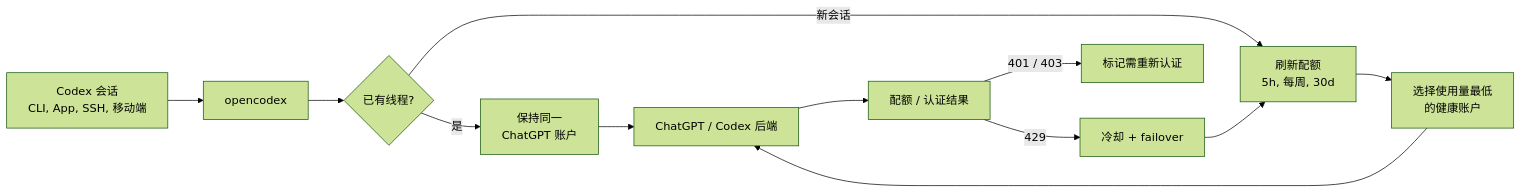
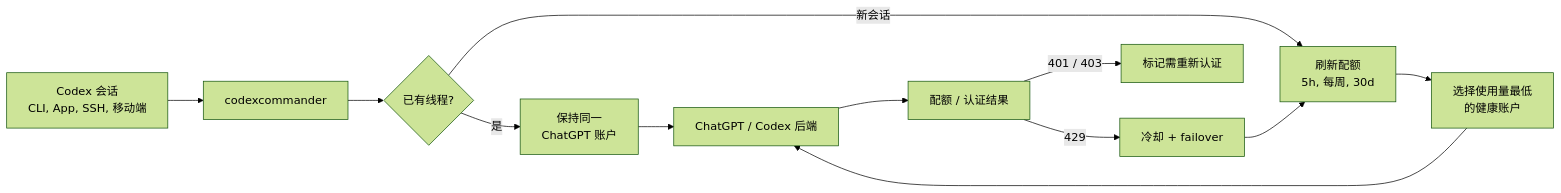
The diagram in readme/README.zh-CN.md (pavelhov/CodexCommander), drawn with Mermaid (forest theme) before and after one commit. The commit also changed other lines of this file and 3595 other files, not shown here.

````diff
--- a/readme/README.zh-CN.md
+++ b/readme/README.zh-CN.md
@@ -50,14 +34,14 @@
 ```mermaid
 flowchart LR
-  codex[Codex 会话<br/>CLI, App, SSH, 移动端] --> proxy[opencodex]
+  codex[Codex 会话<br/>CLI, App, SSH, 移动端] --> proxy[codexcommander]
   proxy --> existing{已有线程?}
   existing -->|是| pinned[保持同一<br/>ChatGPT 账户]
   existing -->|新会话| quota[刷新配额<br/>5h, 每周, 30d]
   quota --> pick[选择使用量最低<br/>的健康账户]
   pick --> upstream[ChatGPT / Codex 后端]
   pinned --> upstream
   upstream --> outcomes[配额 / 认证结果]
   outcomes -->|429| cooldown[冷却 + failover]
   outcomes -->|401 / 403| reauth[标记需重新认证]
   cooldown --> quota
 ```
````
